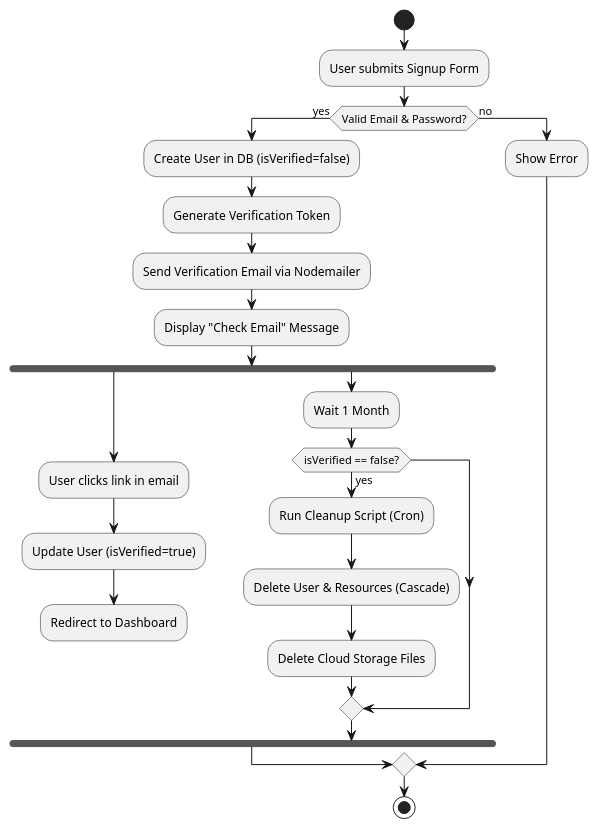
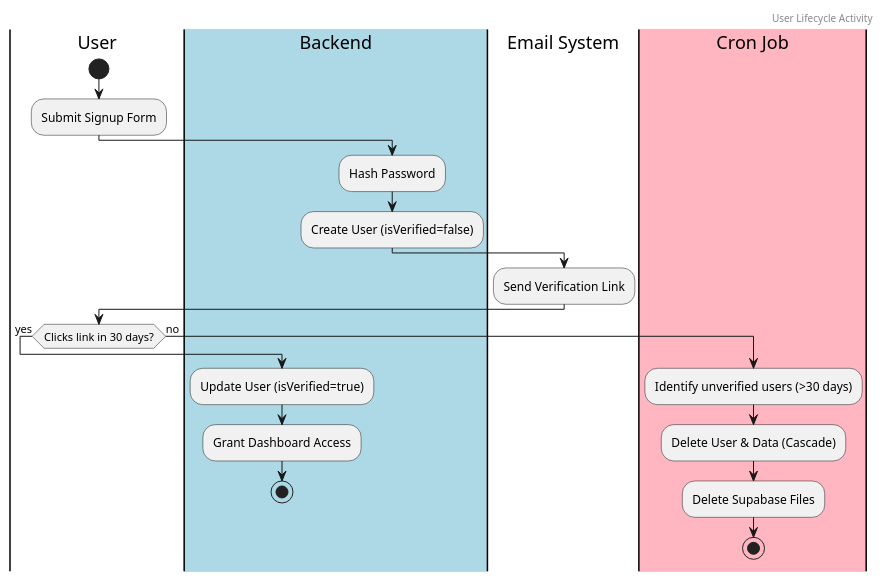
The eighth of 12 diagrams in Document.md (BleakRed/notion-clone-project), drawn with PlantUML before and after one commit. The commit also changed other lines of this file and 7 other files, not shown here.

````diff
--- a/Document.md
+++ b/Document.md
@@ -125,28 +698,26 @@
 ```plantuml
 @startuml
+header User Lifecycle Activity
+|User|
 start
-:User submits Signup Form;
-if (Valid Email & Password?) then (yes)
-  :Create User in DB (isVerified=false);
-  :Generate Verification Token;
-  :Send Verification Email via Nodemailer;
-  :Display "Check Email" Message;
-  fork
-    :User clicks link in email;
-    :Update User (isVerified=true);
-    :Redirect to Dashboard;
-  detach
-  fork again
-    :Wait 1 Month;
-    if (isVerified == false?) then (yes)
-      :Run Cleanup Script (Cron);
-      :Delete User & Resources (Cascade);
-      :Delete Cloud Storage Files;
-    endif
-  end fork
+:Submit Signup Form;
+|#LightBlue|Backend|
+:Hash Password;
+:Create User (isVerified=false);
+|Email System|
+:Send Verification Link;
+|User|
+if (Clicks link in 30 days?) then (yes)
+  |Backend|
+  :Update User (isVerified=true);
+  :Grant Dashboard Access;
+  stop
 else (no)
-  :Show Error;
+  |#LightPink|Cron Job|
+  :Identify unverified users (>30 days);
+  :Delete User & Data (Cascade);
+  :Delete Supabase Files;
+  stop
 endif
-stop
 @enduml
 ```
````
